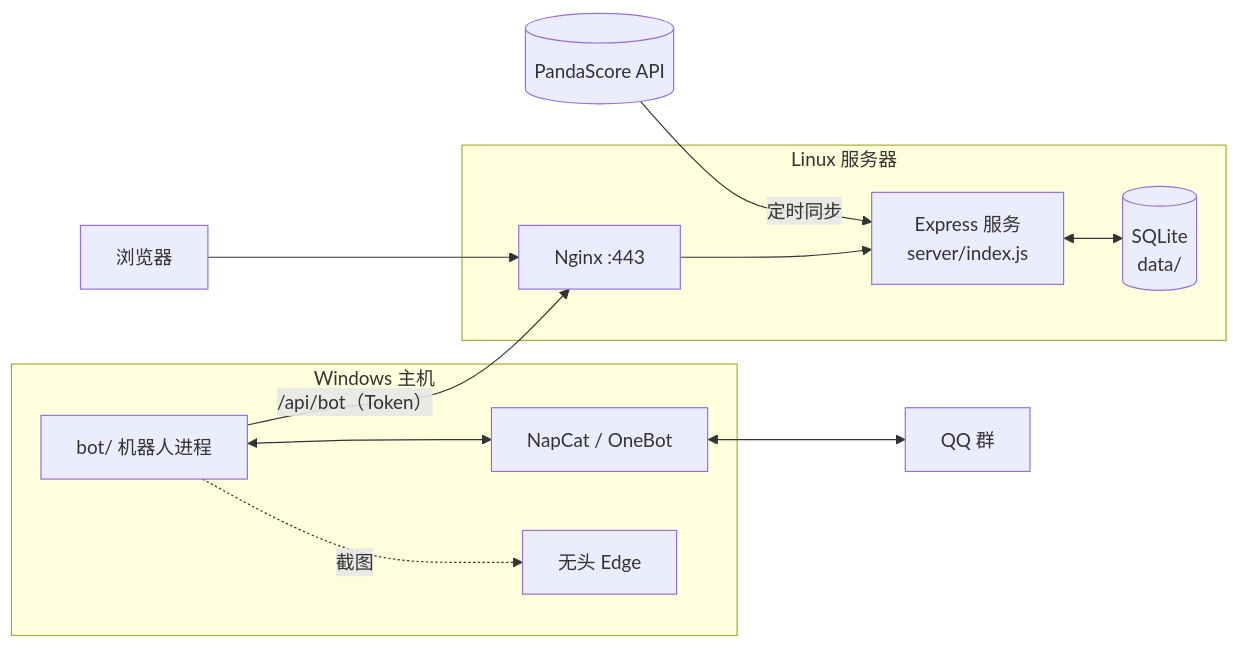
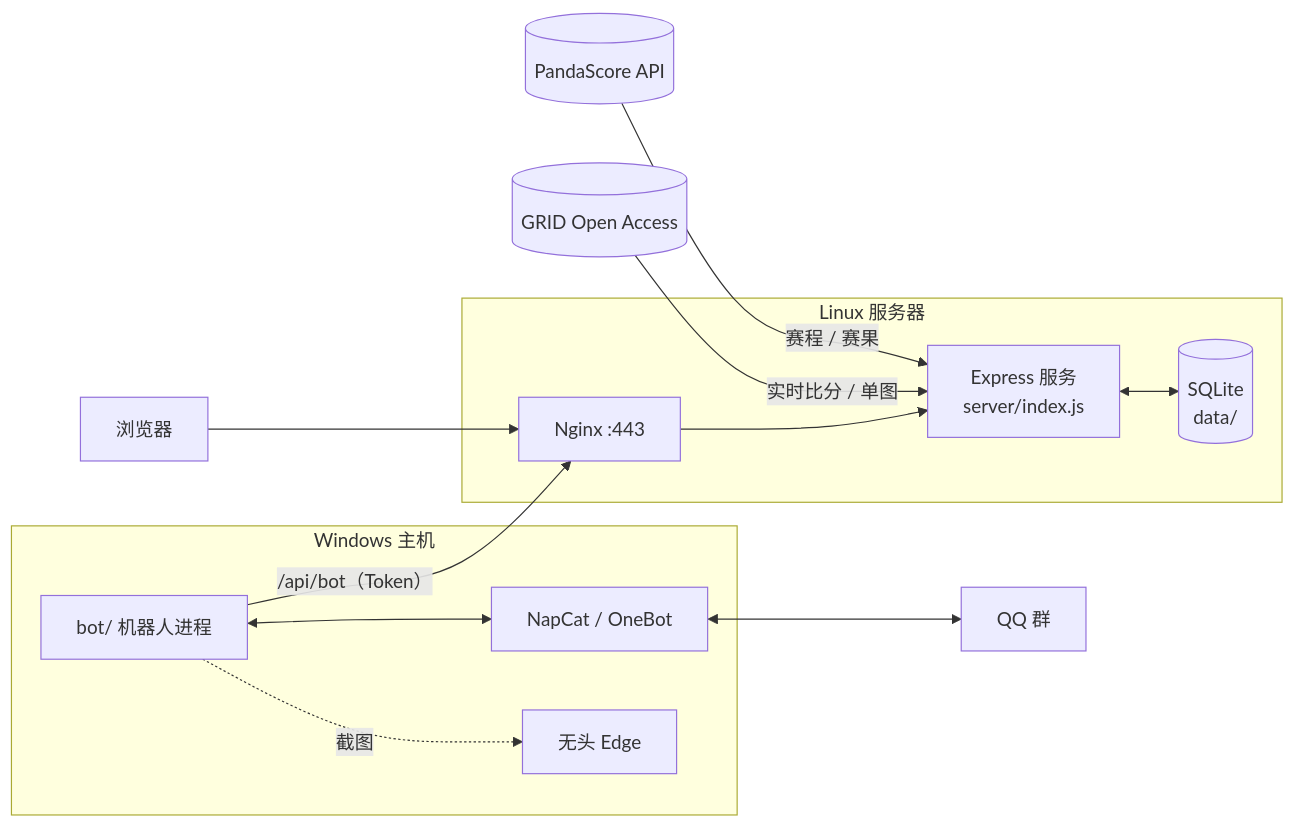
Before and after one commit to SumitaRinku/PRPick: the diagram in README.md, drawn with Mermaid. The commit also changed other lines of this file, not shown here.

````diff
--- a/README.md
+++ b/README.md
@@ -117,15 +121,16 @@
 ```mermaid
 flowchart LR
-    PS[(PandaScore API)] -- 定时同步 --> SRV
+    PS[(PandaScore API)] -- 赛程 / 赛果 --> SRV
+    GRID[(GRID Open Access)] -- 实时比分 / 单图 --> SRV
     subgraph Linux 服务器
         NG[Nginx :443] --> SRV[Express 服务<br/>server/index.js]
         SRV <--> DB[(SQLite<br/>data/)]
     end
     U[浏览器] --> NG
     subgraph Windows 主机
         BOT[bot/ 机器人进程] <--> NC[NapCat / OneBot]
         BOT -. 截图 .-> EDGE[无头 Edge]
     end
     BOT -- /api/bot（Token） --> NG
     NC <--> QQ[QQ 群]
 ```
````
